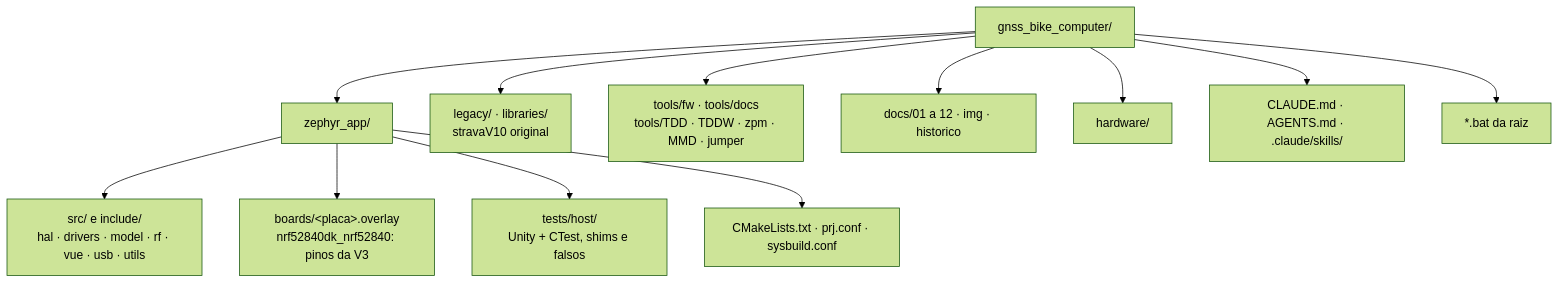
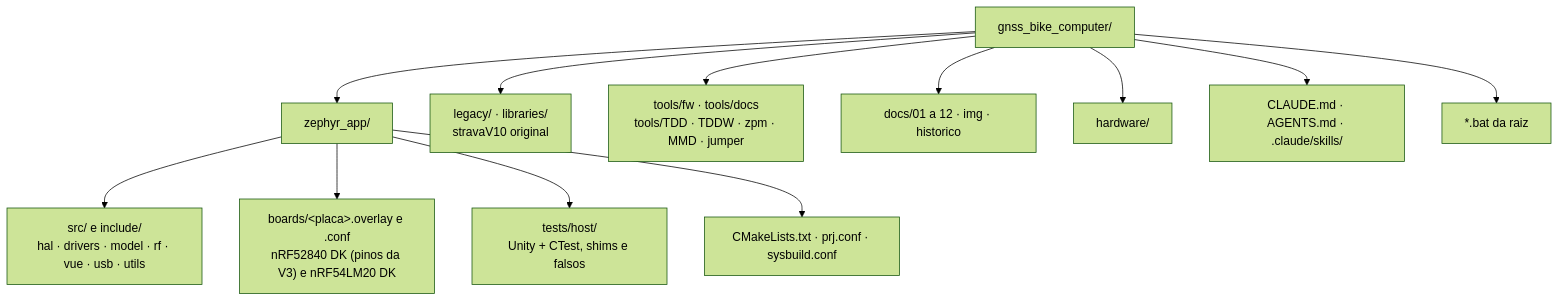
Before and after one commit to Guiimartinho/gnss-bike-computer: the first of 2 diagrams in CLAUDE.md, drawn with Mermaid (forest theme). The commit also changed other lines of this file and 11 other files, not shown here.

````diff
--- a/CLAUDE.md
+++ b/CLAUDE.md
@@ -57,15 +57,15 @@
 ```mermaid
 flowchart TB
     ROOT["gnss_bike_computer/"]
     ROOT --> ZA["zephyr_app/"]
     ZA --> ZS["src/ e include/<br/>hal · drivers · model · rf · vue · usb · utils"]
-    ZA --> ZB["boards/&lt;placa&gt;.overlay<br/>nrf52840dk_nrf52840: pinos da V3"]
+    ZA --> ZB["boards/&lt;placa&gt;.overlay e .conf<br/>nRF52840 DK (pinos da V3) e nRF54LM20 DK"]
     ZA --> ZT["tests/host/<br/>Unity + CTest, shims e falsos"]
     ZA --> ZC["CMakeLists.txt · prj.conf · sysbuild.conf"]
     ROOT --> LEG["legacy/ · libraries/<br/>stravaV10 original"]
     ROOT --> TOOLS["tools/fw · tools/docs<br/>tools/TDD · TDDW · zpm · MMD · jumper"]
     ROOT --> DOCS["docs/01 a 12 · img · historico"]
     ROOT --> HW["hardware/"]
     ROOT --> AI["CLAUDE.md · AGENTS.md · .claude/skills/"]
     ROOT --> BAT["*.bat da raiz"]
 ```
````
